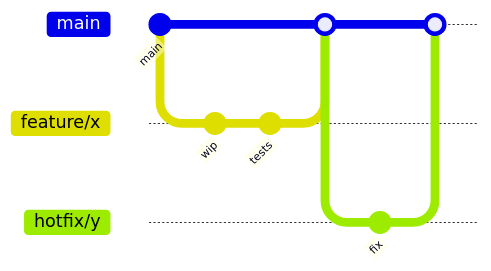
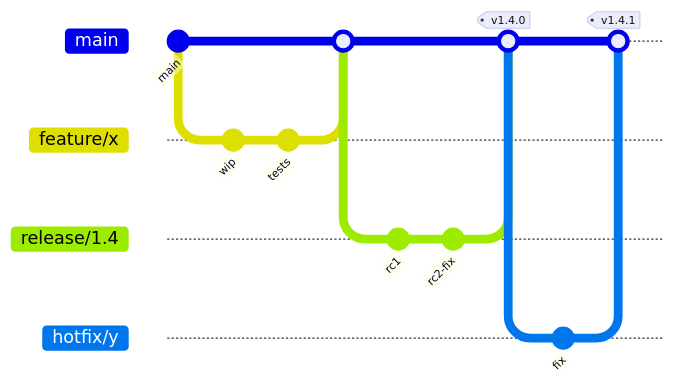
One commit to Sanmanchekar/engineering-playbook changed the diagram in docs/dev/git-workflow.md. Above: the diagram before and after it, drawn with Mermaid. The commit also changed other lines of this file and 1 other file, not shown here.

First line of the commit message:
docs(dev): add release/* branches to git workflow

````diff
--- a/docs/dev/git-workflow.md
+++ b/docs/dev/git-workflow.md
@@ -12,15 +12,21 @@
 ```mermaid
 gitGraph
   commit id: "main"
   branch feature/x
   checkout feature/x
   commit id: "wip"
   commit id: "tests"
   checkout main
   merge feature/x
+  branch release/1.4
+  checkout release/1.4
+  commit id: "rc1"
+  commit id: "rc2-fix"
+  checkout main
+  merge release/1.4 tag: "v1.4.0"
   branch hotfix/y
   checkout hotfix/y
   commit id: "fix"
   checkout main
-  merge hotfix/y
+  merge hotfix/y tag: "v1.4.1"
 ```
````
